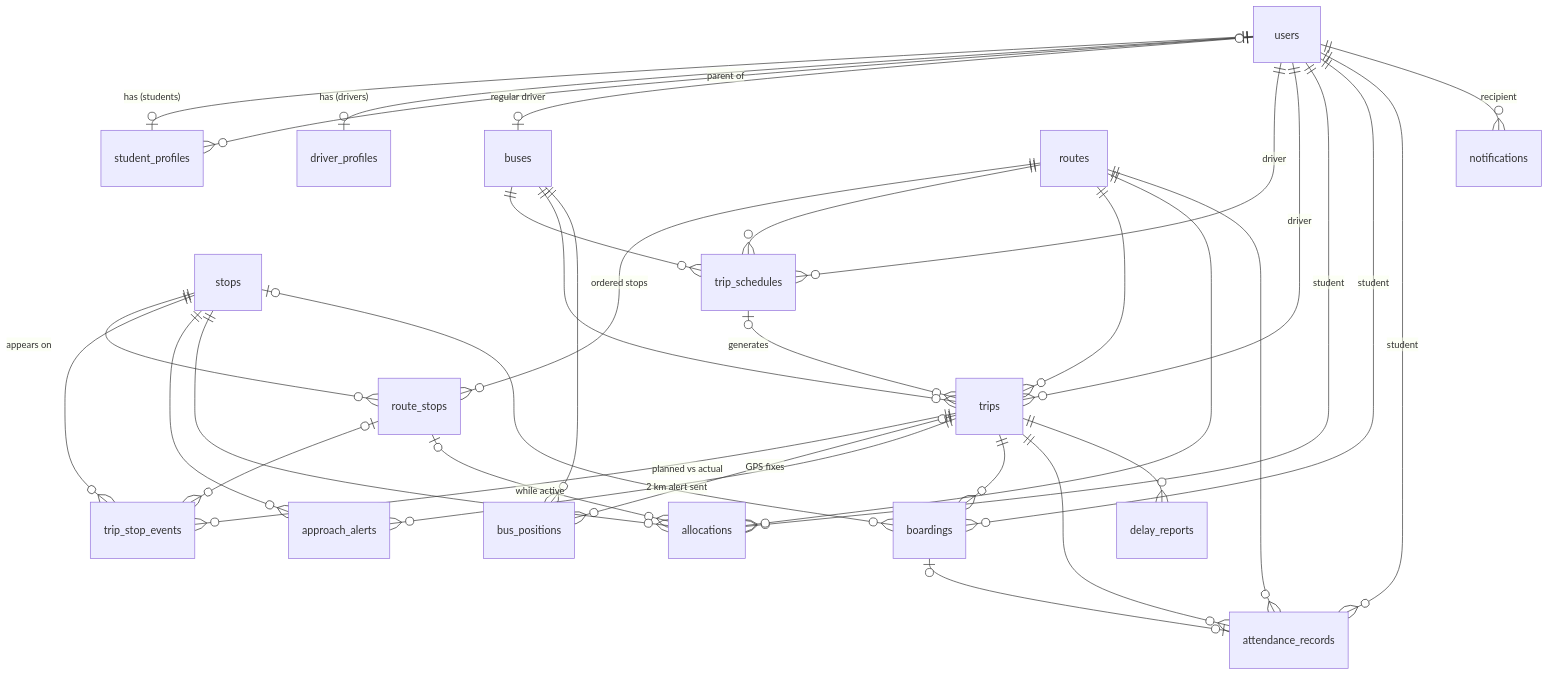
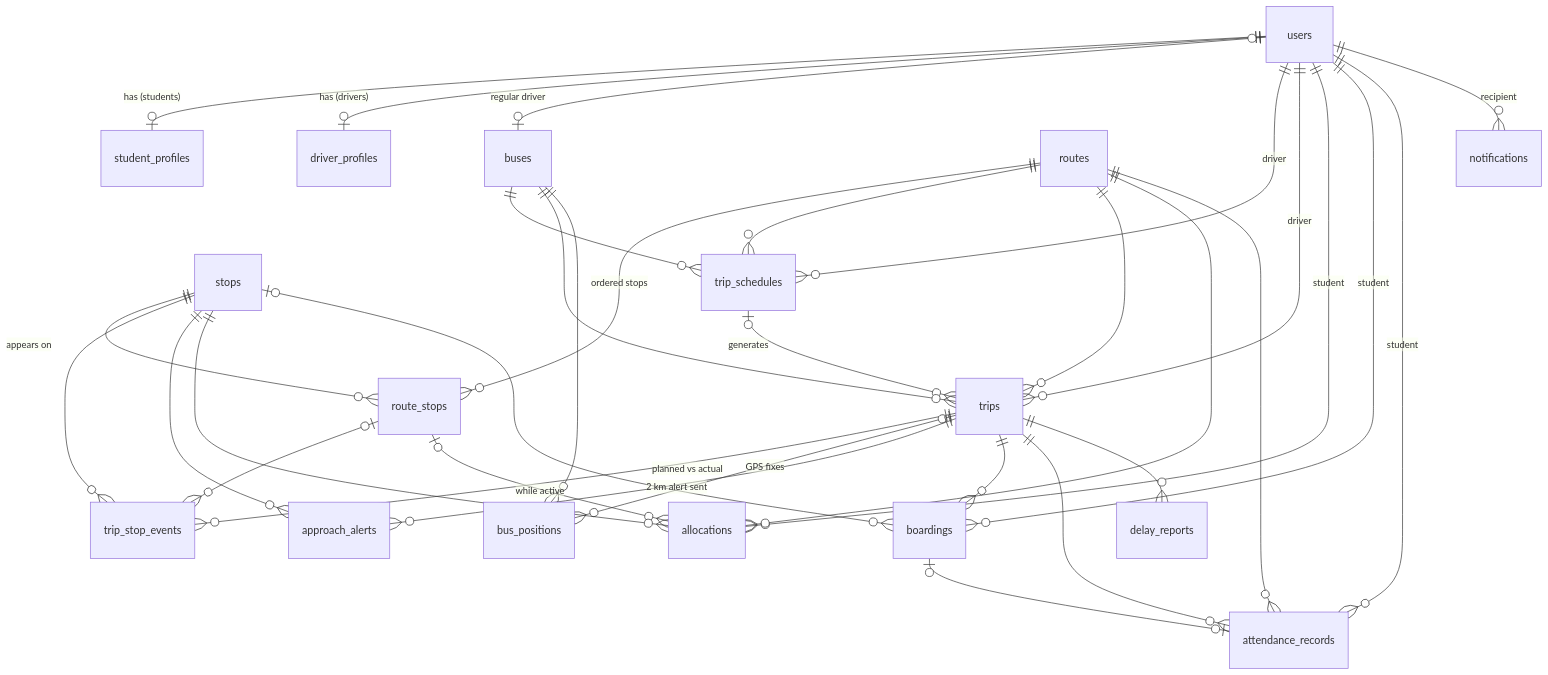
Before and after one commit to Santhosh-Kumar-ctrl/BackUp-Transport: the diagram in docs/DATABASE.md, drawn with Mermaid. The commit also changed other lines of this file and 31 other files, not shown here.

````diff
--- a/docs/DATABASE.md
+++ b/docs/DATABASE.md
@@ -30,42 +33,41 @@
 ```mermaid
 erDiagram
     users ||--o| student_profiles : "has (students)"
     users ||--o| driver_profiles : "has (drivers)"
-    users |o--o{ student_profiles : "parent of"
     users |o--o| buses : "regular driver"
 
     routes ||--o{ route_stops : "ordered stops"
     stops ||--o{ route_stops : "appears on"
 
     routes ||--o{ trip_schedules : ""
     buses ||--o{ trip_schedules : ""
     users ||--o{ trip_schedules : "driver"
 
     trip_schedules |o--o{ trips : "generates"
     routes ||--o{ trips : ""
     buses ||--o{ trips : ""
     users ||--o{ trips : "driver"
     trips ||--o{ trip_stop_events : "planned vs actual"
     route_stops |o--o{ trip_stop_events : ""
     stops ||--o{ trip_stop_events : ""
     trips |o--o{ bus_positions : "GPS fixes"
     buses ||--o{ bus_positions : ""
     trips ||--o{ approach_alerts : "2 km alert sent"
     stops ||--o{ approach_alerts : ""
 
     users ||--o{ allocations : "student"
     routes ||--o{ allocations : ""
     route_stops |o--o{ allocations : "while active"
     stops ||--o{ allocations : ""
 
     trips ||--o{ boardings : ""
     users ||--o{ boardings : "student"
     stops |o--o{ boardings : ""
     trips ||--o{ attendance_records : ""
     users ||--o{ attendance_records : "student"
     routes ||--o{ attendance_records : ""
     boardings |o--o| attendance_records : ""
 
     trips ||--o{ delay_reports : ""
     users ||--o{ notifications : "recipient"
 ```
````
